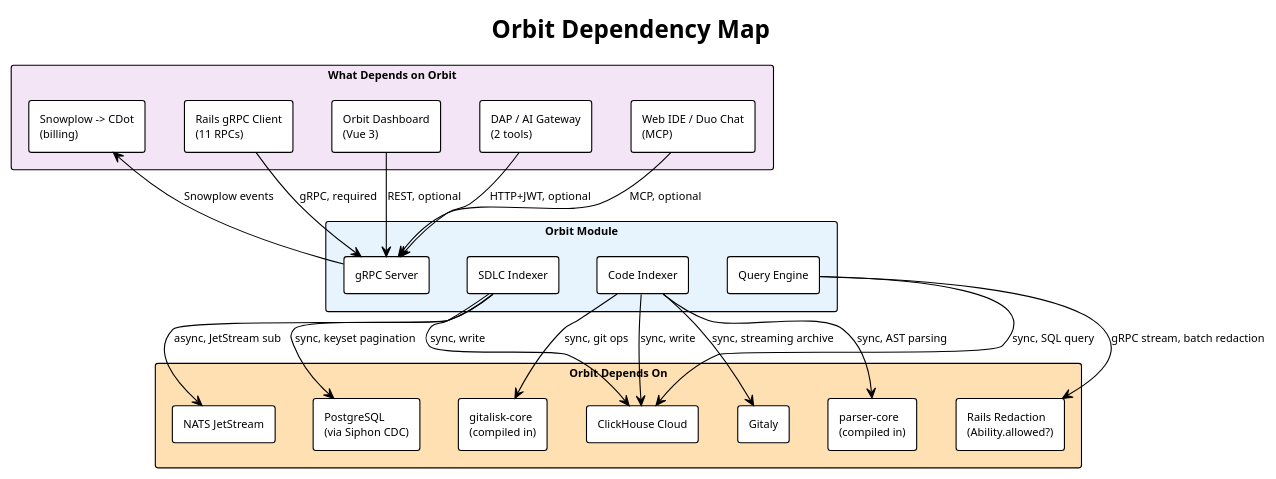
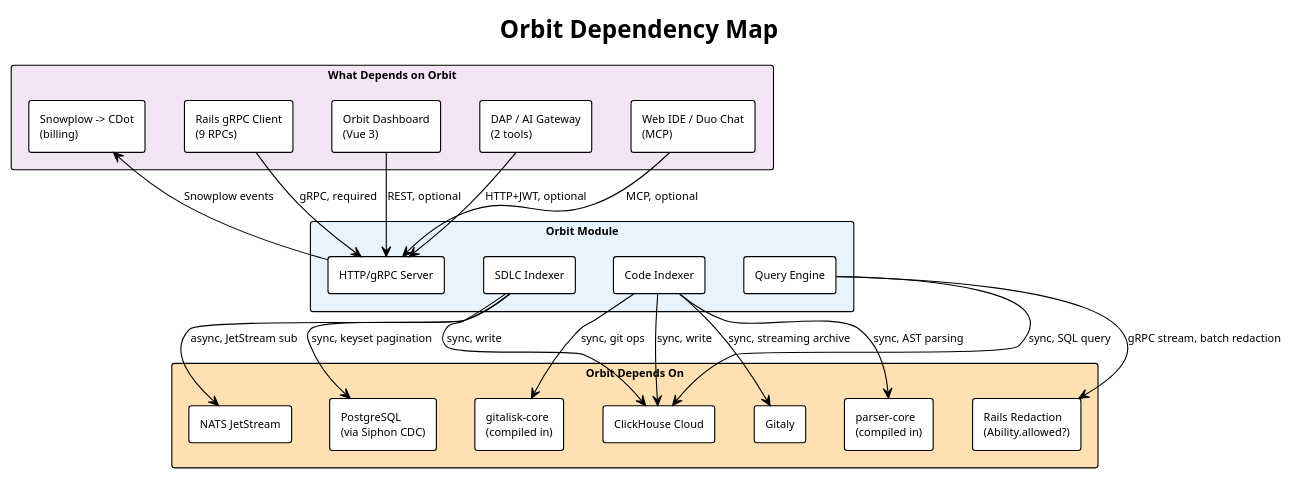
The diagram in docs/design_review/puml/orbit_dependencies.puml (gitlabhq/orbit-knowledge-graph), drawn with PlantUML before and after one commit. The commit also changed 21 other files, not shown here.

```diff
--- a/docs/design_review/puml/orbit_dependencies.puml
+++ b/docs/design_review/puml/orbit_dependencies.puml
@@ -1,52 +1,52 @@
 @startuml orbit_dependencies
 !theme plain
 skinparam backgroundColor #FFFFFF
 skinparam defaultFontSize 10
 skinparam componentStyle rectangle
 
 title Orbit Dependency Map
 
 rectangle "Orbit Module" as orbit #E8F4FD {
   component "SDLC Indexer" as sdlc
   component "Code Indexer" as code
   component "Query Engine" as qe
-  component "gRPC Server" as http
+  component "HTTP/gRPC Server" as http
 }
 
 rectangle "Orbit Depends On" as deps #FFE0B2 {
   component "ClickHouse Cloud" as ch
   component "NATS JetStream" as nats
   component "Gitaly" as gitaly
   component "PostgreSQL\n(via Siphon CDC)" as pg
   component "Rails Redaction\n(Ability.allowed?)" as redact
   component "parser-core\n(compiled in)" as parser
   component "gitalisk-core\n(compiled in)" as gitalisk
 }
 
 rectangle "What Depends on Orbit" as consumers #F3E5F5 {
-  component "Rails gRPC Client\n(11 RPCs)" as grpc
+  component "Rails gRPC Client\n(9 RPCs)" as grpc
   component "Orbit Dashboard\n(Vue 3)" as dash
   component "DAP / AI Gateway\n(2 tools)" as dap
   component "Web IDE / Duo Chat\n(MCP)" as ide
   component "Snowplow -> CDot\n(billing)" as billing
 }
 
 ' Dependencies
 sdlc --> pg : "sync, keyset pagination"
 sdlc --> nats : "async, JetStream sub"
 sdlc --> ch : "sync, write"
 code --> gitaly : "sync, streaming archive"
 code --> parser : "sync, AST parsing"
 code --> gitalisk : "sync, git ops"
 code --> ch : "sync, write"
 qe --> ch : "sync, SQL query"
 qe --> redact : "gRPC stream, batch redaction"
 
 ' Consumers
 grpc --> http : "gRPC, required"
 dash --> http : "REST, optional"
 dap --> http : "HTTP+JWT, optional"
 ide --> http : "MCP, optional"
 http --> billing : "Snowplow events"
 
 @enduml
```
